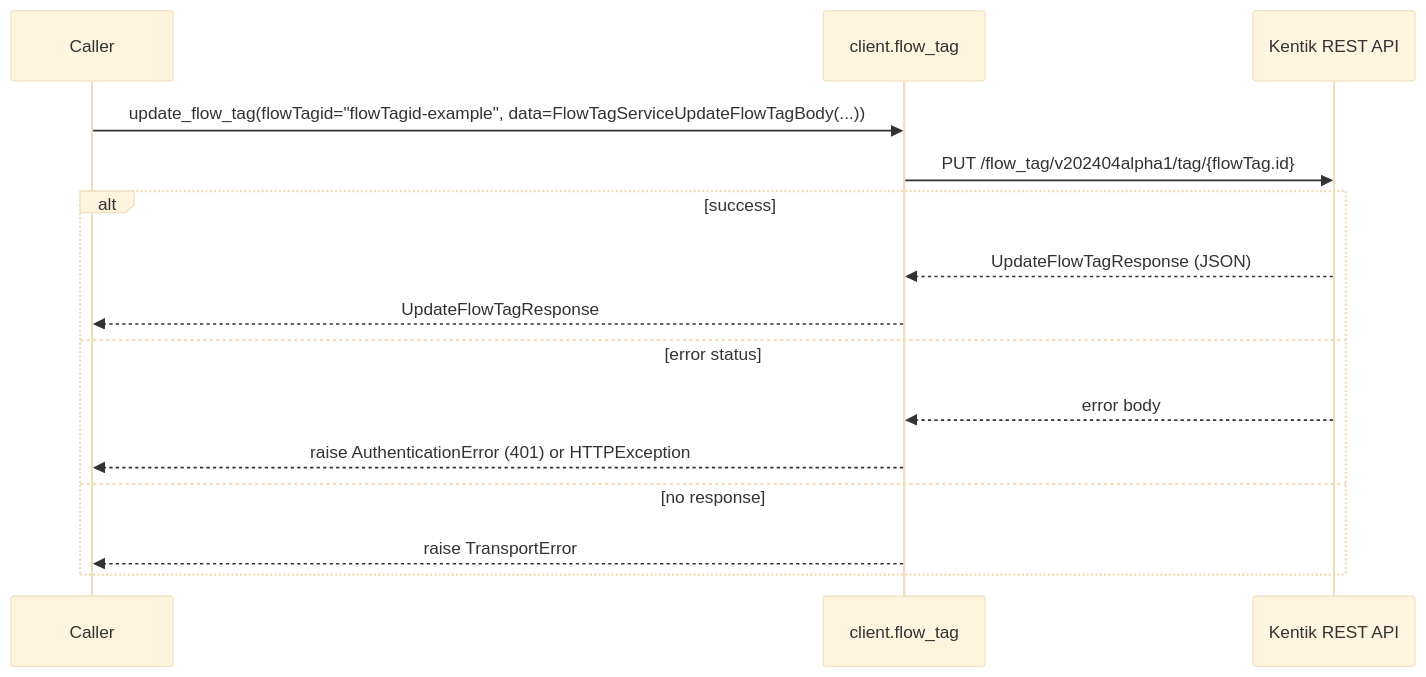
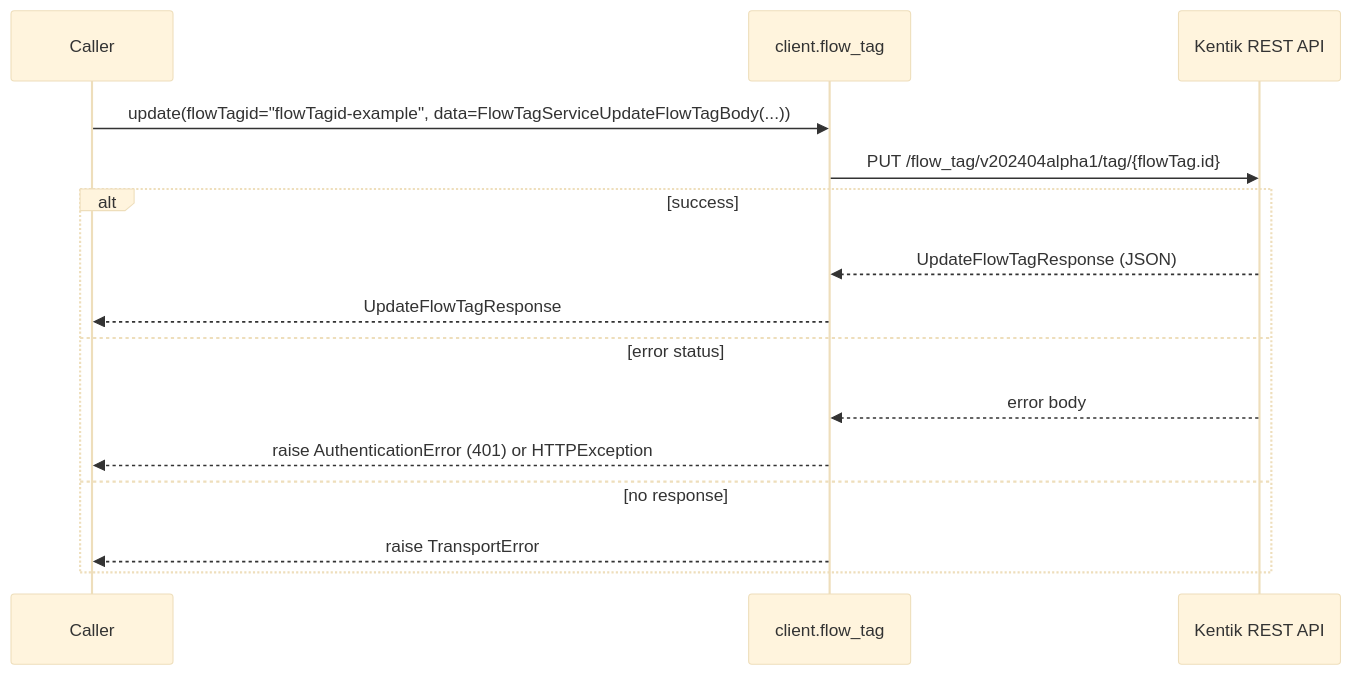
Before and after one commit to alexdearaujo/community_sdk_python: the eighth of 12 diagrams in docs/sphinx/services/flow_tag.md, drawn with Mermaid (base theme). The commit also changed other lines of this file and 119 other files, not shown here.

````diff
--- a/docs/sphinx/services/flow_tag.md
+++ b/docs/sphinx/services/flow_tag.md
@@ -269,18 +269,18 @@
 ```mermaid
 sequenceDiagram
     participant C as Caller
     participant W as client.flow_tag
     participant API as Kentik REST API
 
-    C->>W: update_flow_tag(flowTagid="flowTagid-example", data=FlowTagServiceUpdateFlowTagBody(...))
+    C->>W: update(flowTagid="flowTagid-example", data=FlowTagServiceUpdateFlowTagBody(...))
     W->>API: PUT /flow_tag/v202404alpha1/tag/{flowTag.id}
     alt success
         API-->>W: UpdateFlowTagResponse (JSON)
         W-->>C: UpdateFlowTagResponse
     else error status
         API-->>W: error body
         W-->>C: raise AuthenticationError (401) or HTTPException
     else no response
         W-->>C: raise TransportError
     end
 ```
````
